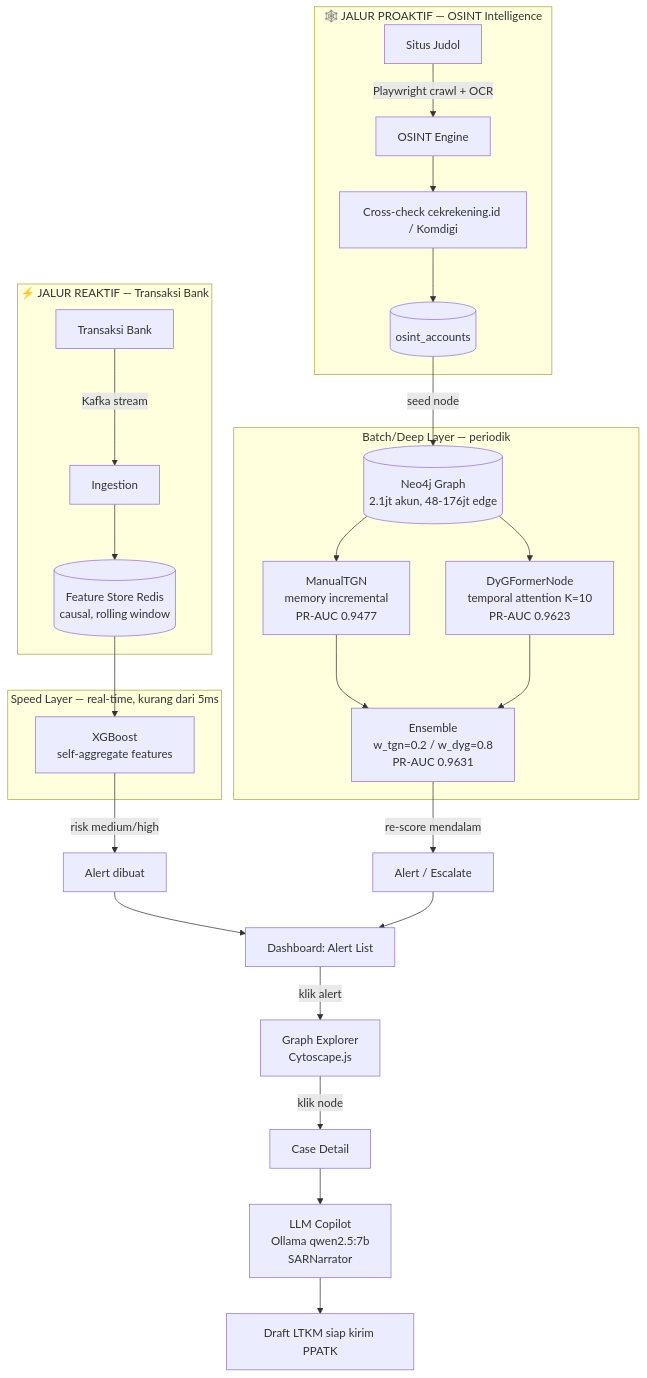
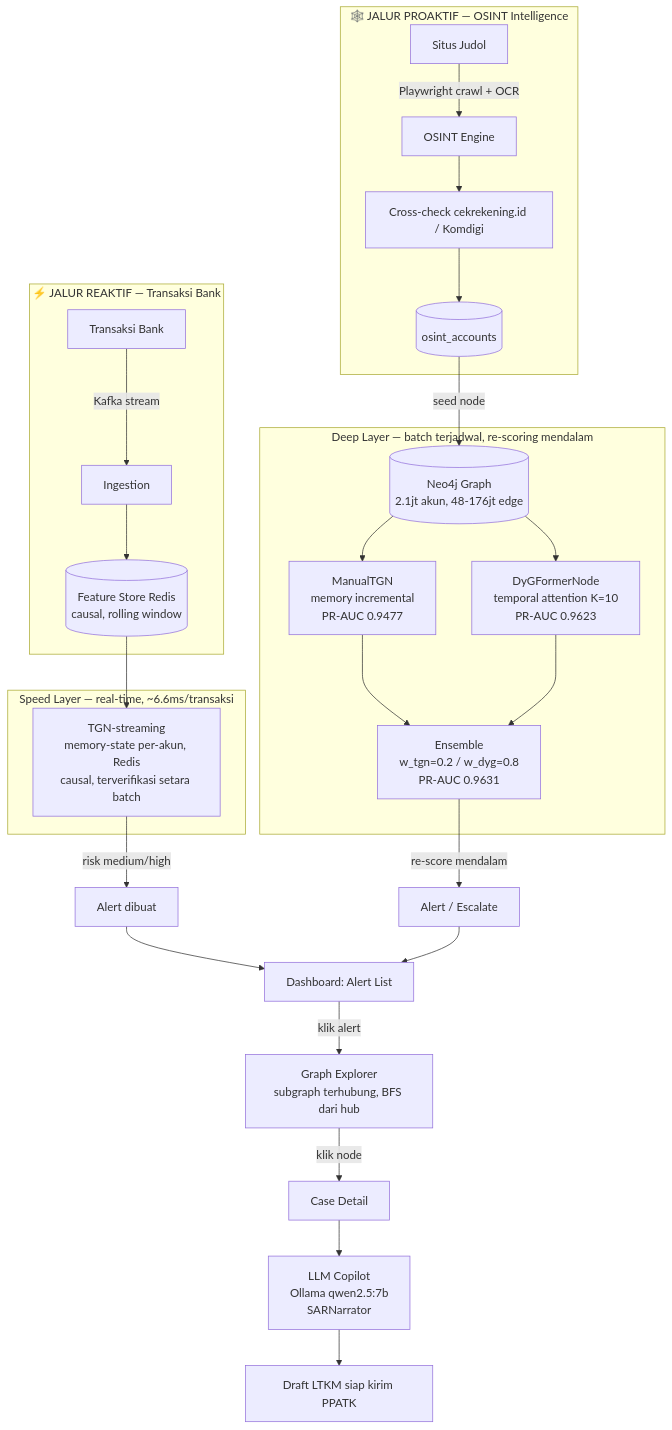
The diagram in README.md (dpunnn/muleradar), drawn with Mermaid before and after one commit. The commit also changed other lines of this file and 1 other file, not shown here.

First line of the commit message:
docs: update README ke arsitektur TGN-streaming + dua dimensi deteksi

````diff
--- a/README.md
+++ b/README.md
@@ -21,37 +21,37 @@
 ```mermaid
 flowchart TB
     subgraph PROAKTIF["🕸️ JALUR PROAKTIF — OSINT Intelligence"]
         judol[Situs Judol] -->|Playwright crawl + OCR| osint[OSINT Engine]
         osint --> cek[Cross-check cekrekening.id / Komdigi]
         cek --> osint_db[(osint_accounts)]
     end
 
     subgraph REAKTIF["⚡ JALUR REAKTIF — Transaksi Bank"]
         bank[Transaksi Bank] -->|Kafka stream| ingest[Ingestion]
         ingest --> fstore[(Feature Store Redis\ncausal, rolling window)]
     end
 
     osint_db -->|seed node| neo4j[(Neo4j Graph\n2.1jt akun, 48-176jt edge)]
-    fstore --> xgb
+    fstore --> tgnrt
 
-    subgraph SPEED["Speed Layer — real-time, kurang dari 5ms"]
-        xgb[XGBoost\nself-aggregate features]
+    subgraph SPEED["Speed Layer — real-time, ~6.6ms/transaksi"]
+        tgnrt[TGN-streaming\nmemory-state per-akun, Redis\ncausal, terverifikasi setara batch]
     end
 
-    xgb -->|risk medium/high| alert1[Alert dibuat]
+    tgnrt -->|risk medium/high| alert1[Alert dibuat]
 
-    subgraph BATCH["Batch/Deep Layer — periodik"]
+    subgraph BATCH["Deep Layer — batch terjadwal, re-scoring mendalam"]
         neo4j --> tgn[ManualTGN\nmemory incremental\nPR-AUC 0.9477]
         neo4j --> dyg[DyGFormerNode\ntemporal attention K=10\nPR-AUC 0.9623]
         tgn --> ens[Ensemble\nw_tgn=0.2 / w_dyg=0.8\nPR-AUC 0.9631]
         dyg --> ens
     end
 
     ens -->|re-score mendalam| alert2[Alert / Escalate]
     alert1 --> dash[Dashboard: Alert List]
     alert2 --> dash
-    dash -->|klik alert| graph_ui[Graph Explorer\nCytoscape.js]
+    dash -->|klik alert| graph_ui[Graph Explorer\nsubgraph terhubung, BFS dari hub]
     graph_ui -->|klik node| case[Case Detail]
     case --> llm[LLM Copilot\nOllama qwen2.5:7b\nSARNarrator]
     llm --> ltkm[Draft LTKM siap kirim PPATK]
 ```
````
